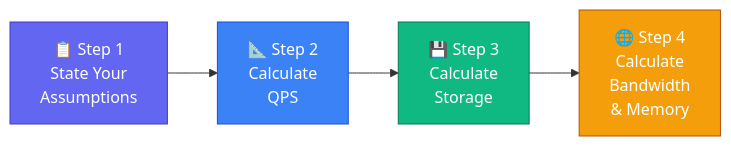
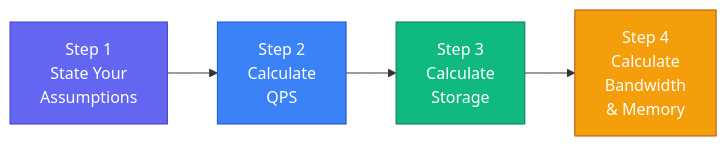
Before and after one commit to devops-monk/system-design-blog: the fourth of 10 diagrams in content/posts/2026/back-of-the-envelope-estimation.md, drawn with Mermaid. The commit also changed other lines of this file and 5 other files, not shown here.

````diff
--- a/content/posts/2026/back-of-the-envelope-estimation.md
+++ b/content/posts/2026/back-of-the-envelope-estimation.md
@@ -258,14 +256,14 @@
 ```mermaid
 flowchart LR
-    S1["📋 Step 1\nState Your\nAssumptions"]
-    S2["📐 Step 2\nCalculate\nQPS"]
-    S3["💾 Step 3\nCalculate\nStorage"]
-    S4["🌐 Step 4\nCalculate\nBandwidth\n& Memory"]
+    S1["Step 1\nState Your\nAssumptions"]
+    S2["Step 2\nCalculate\nQPS"]
+    S3["Step 3\nCalculate\nStorage"]
+    S4["Step 4\nCalculate\nBandwidth\n& Memory"]
 
     S1 --> S2 --> S3 --> S4
 
     style S1 fill:#6366F1,stroke:#4338CA,color:#fff
     style S2 fill:#3B82F6,stroke:#1D4ED8,color:#fff
     style S3 fill:#10B981,stroke:#047857,color:#fff
     style S4 fill:#F59E0B,stroke:#B45309,color:#fff
 ```
````
